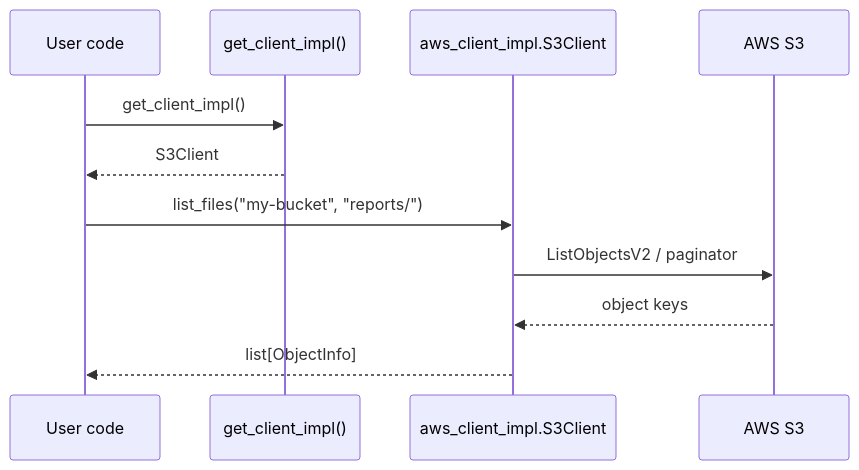
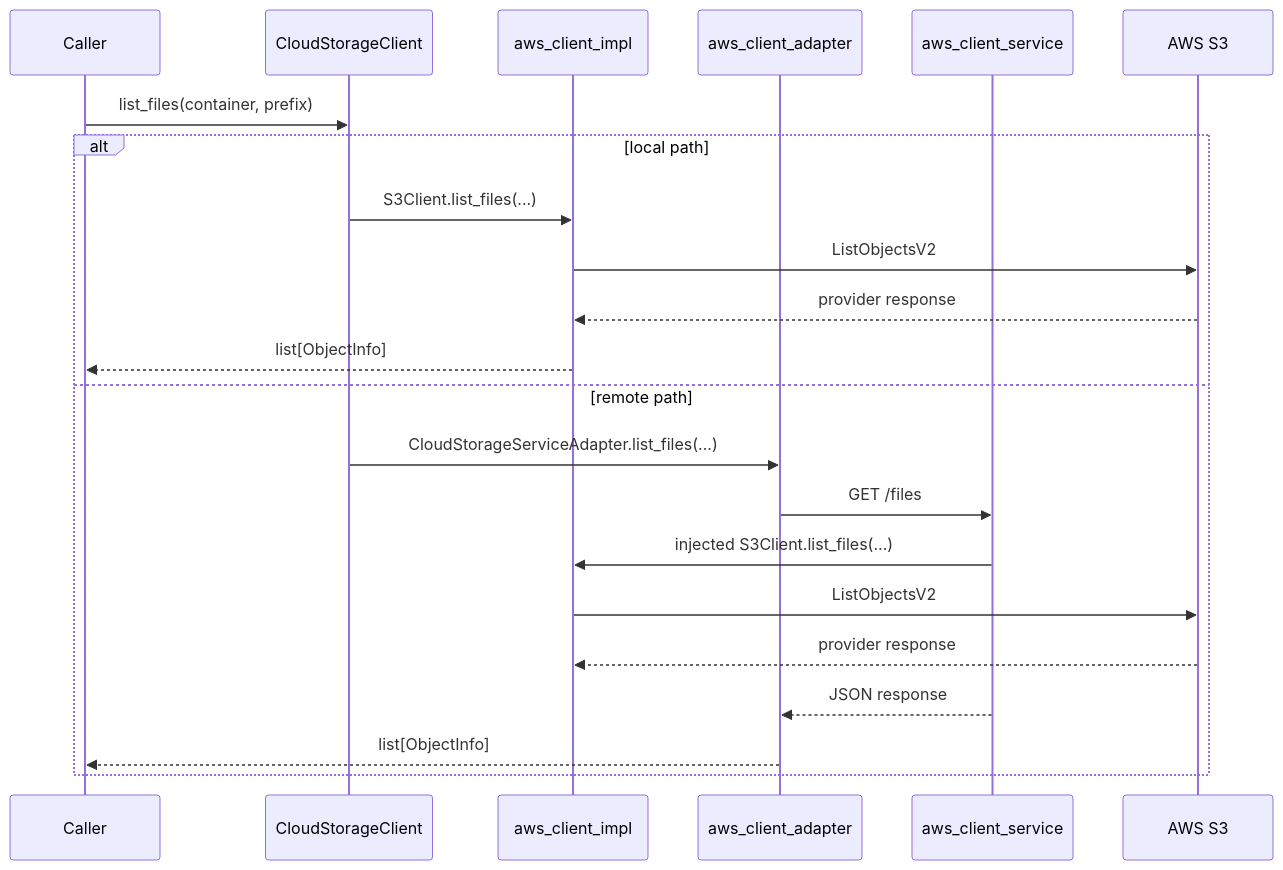
One commit to 2SpaceMasterRace/nimbus changed the second of 3 diagrams in DESIGN.md. Above: the diagram before and after it, drawn with Mermaid. The commit also changed other lines of this file and 218 other files, not shown here.

````diff
--- a/DESIGN.md
+++ b/DESIGN.md
@@ -56,14 +121,25 @@
 ```mermaid
 sequenceDiagram
-    participant U as User code
-    participant F as get_client_impl()
-    participant L as aws_client_impl.S3Client
+    participant C as Caller
+    participant A as CloudStorageClient
+    participant L as aws_client_impl
+    participant R as aws_client_adapter
+    participant H as aws_client_service
     participant S as AWS S3
 
-    U->>F: get_client_impl()
-    F-->>U: S3Client
-    U->>L: list_files("my-bucket", "reports/")
-    L->>S: ListObjectsV2 / paginator
-    S-->>L: object keys
-    L-->>U: list[ObjectInfo]
+    C->>A: list_files(container, prefix)
+    alt local path
+        A->>L: S3Client.list_files(...)
+        L->>S: ListObjectsV2
+        S-->>L: provider response
+        L-->>C: list[ObjectInfo]
+    else remote path
+        A->>R: CloudStorageServiceAdapter.list_files(...)
+        R->>H: GET /files
+        H->>L: injected S3Client.list_files(...)
+        L->>S: ListObjectsV2
+        S-->>L: provider response
+        H-->>R: JSON response
+        R-->>C: list[ObjectInfo]
+    end
 ```
````
